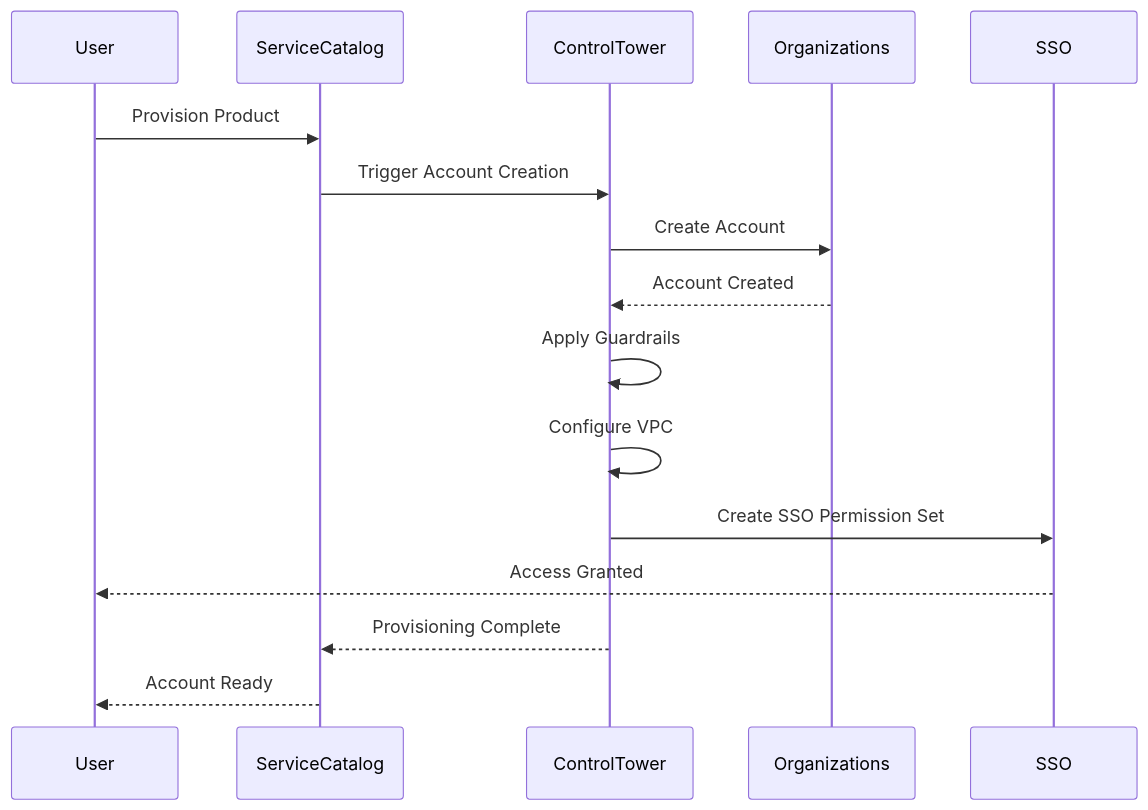
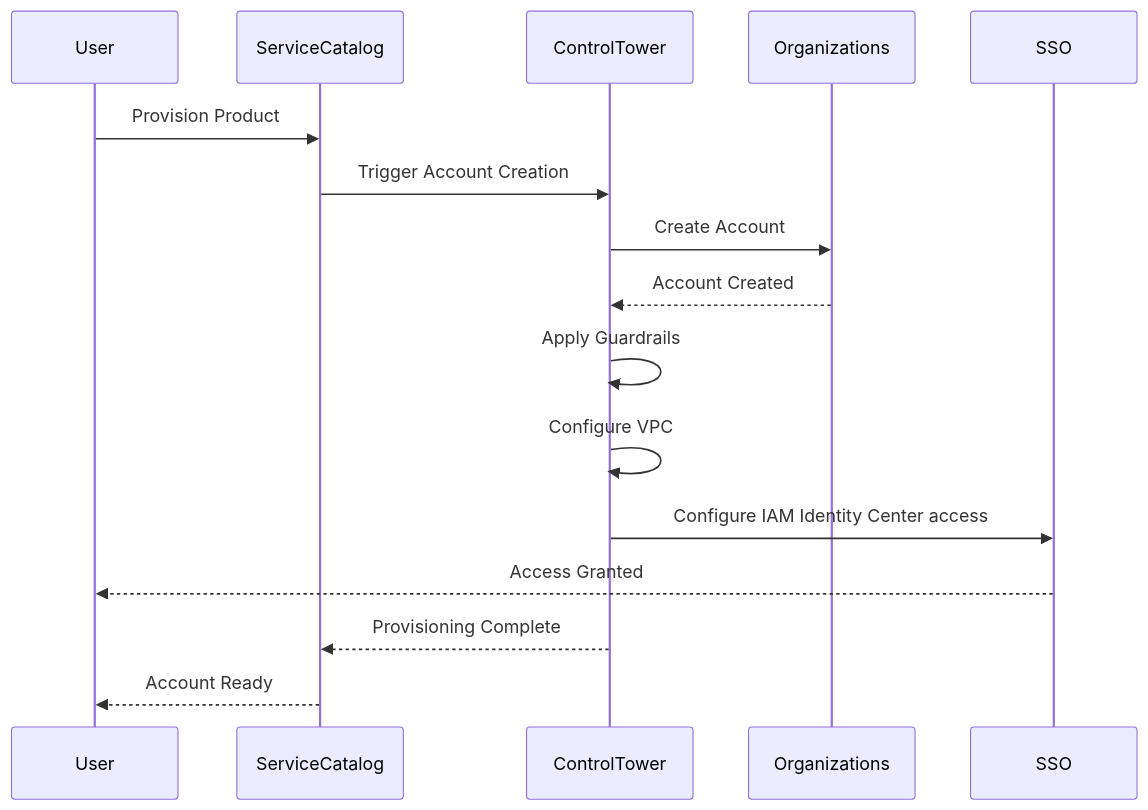
One commit to OneUptime/blog changed the diagram in posts/2026-02-12-set-up-aws-control-tower-account-factory-for-new-accounts/README.md. Above: the diagram before and after it, drawn with Mermaid. The commit also changed other lines of this file and 2 other files, not shown here.

Commit message:
validate: 2026-02-12-set-up-aws-control-tower-account-factory-for-new-accounts

````diff
--- a/posts/2026-02-12-set-up-aws-control-tower-account-factory-for-new-accounts/README.md
+++ b/posts/2026-02-12-set-up-aws-control-tower-account-factory-for-new-accounts/README.md
@@ -201,19 +179,19 @@
 ```mermaid
 sequenceDiagram
     participant User
     participant ServiceCatalog
     participant ControlTower
     participant Organizations
     participant SSO
 
     User->>ServiceCatalog: Provision Product
     ServiceCatalog->>ControlTower: Trigger Account Creation
     ControlTower->>Organizations: Create Account
     Organizations-->>ControlTower: Account Created
     ControlTower->>ControlTower: Apply Guardrails
     ControlTower->>ControlTower: Configure VPC
-    ControlTower->>SSO: Create SSO Permission Set
+    ControlTower->>SSO: Configure IAM Identity Center access
     SSO-->>User: Access Granted
     ControlTower-->>ServiceCatalog: Provisioning Complete
     ServiceCatalog-->>User: Account Ready
 ```
````
